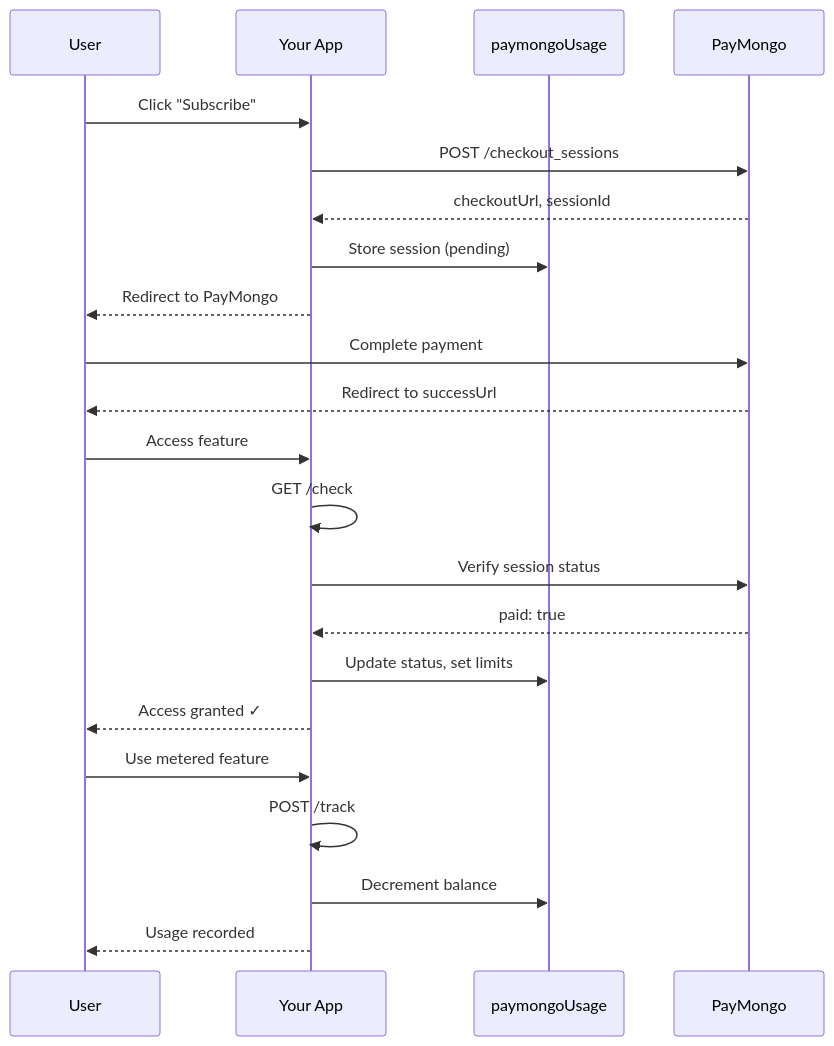
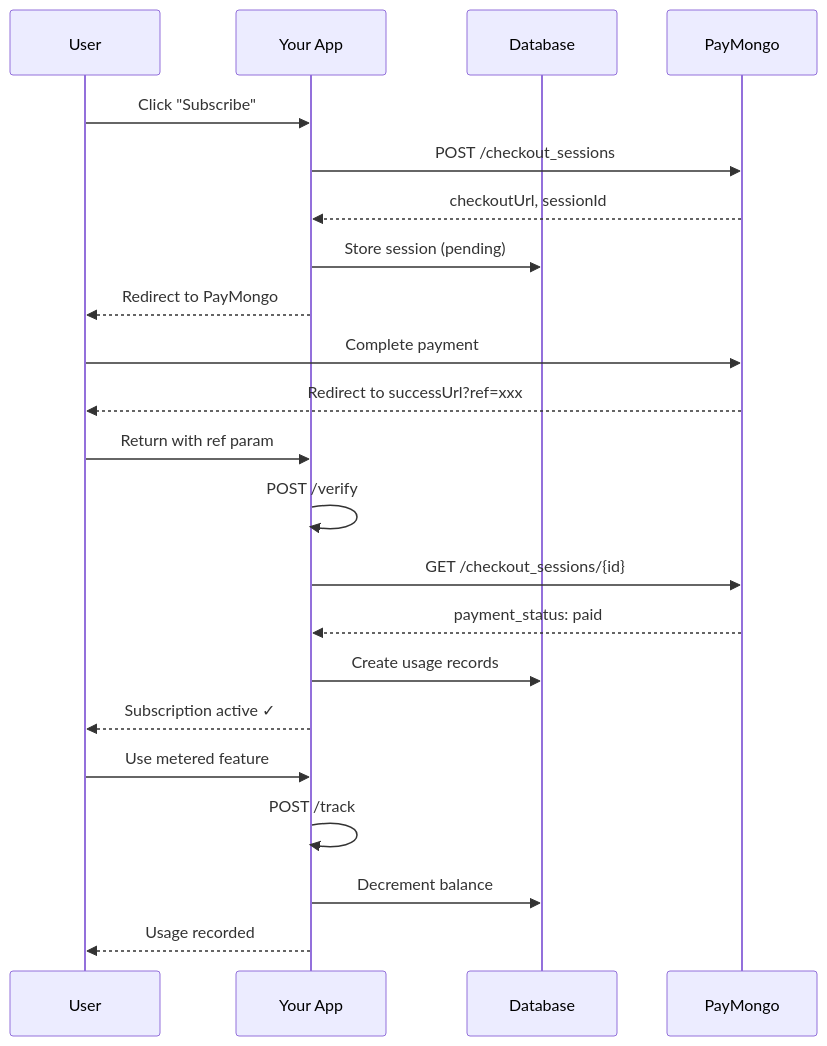
Before and after one commit to darkziah/better-auth-paymongo: the diagram in docs/concepts/autumn-pattern.mdx, drawn with Mermaid. The commit also changed other lines of this file and 15 other files, not shown here.

First line of the commit message:
refactor: remove cache, use ref-based payment verification

````diff
--- a/docs/concepts/autumn-pattern.mdx
+++ b/docs/concepts/autumn-pattern.mdx
@@ -36,28 +39,28 @@
 ```mermaid
 sequenceDiagram
     participant User
     participant App as Your App
-    participant DB as paymongoUsage
+    participant DB as Database
     participant PM as PayMongo
 
     User->>App: Click "Subscribe"
     App->>PM: POST /checkout_sessions
     PM-->>App: checkoutUrl, sessionId
     App->>DB: Store session (pending)
     App-->>User: Redirect to PayMongo
 
     User->>PM: Complete payment
-    PM-->>User: Redirect to successUrl
+    PM-->>User: Redirect to successUrl?ref=xxx
 
-    User->>App: Access feature
-    App->>App: GET /check
-    App->>PM: Verify session status
-    PM-->>App: paid: true
-    App->>DB: Update status, set limits
-    App-->>User: Access granted ✓
+    User->>App: Return with ref param
+    App->>App: POST /verify
+    App->>PM: GET /checkout_sessions/{id}
+    PM-->>App: payment_status: paid
+    App->>DB: Create usage records
+    App-->>User: Subscription active ✓
 
     User->>App: Use metered feature
     App->>App: POST /track
     App->>DB: Decrement balance
     App-->>User: Usage recorded
 ```
````
